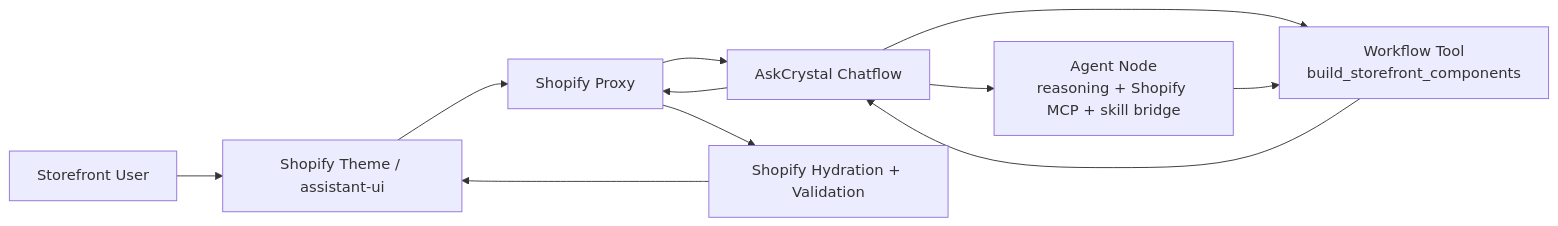
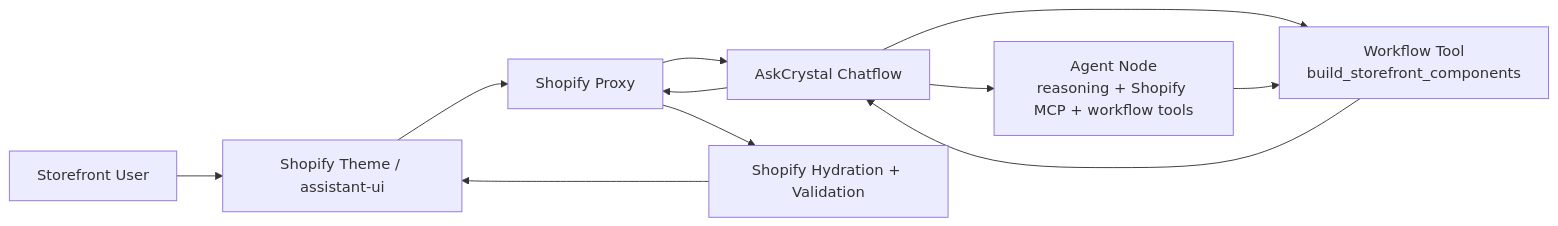
One commit to DaddyElonMusk69/askcrystal changed the diagram in docs/architecture/DIFY_STOREFRONT_COMPONENT_ARCHITECTURE.md. Above: the diagram before and after it, drawn with Mermaid. The commit also changed other lines of this file and 114 other files, not shown here.

````diff
--- a/docs/architecture/DIFY_STOREFRONT_COMPONENT_ARCHITECTURE.md
+++ b/docs/architecture/DIFY_STOREFRONT_COMPONENT_ARCHITECTURE.md
@@ -126,13 +126,13 @@
 ```mermaid
 flowchart LR
     U["Storefront User"] --> S["Shopify Theme / assistant-ui"]
     S --> P["Shopify Proxy"]
     P --> C["AskCrystal Chatflow"]
-    C --> A["Agent Node<br/>reasoning + Shopify MCP + skill bridge"]
+    C --> A["Agent Node<br/>reasoning + Shopify MCP + workflow tools"]
     C --> W["Workflow Tool<br/>build_storefront_components"]
     A --> W
     W --> C
     C --> P
     P --> H["Shopify Hydration + Validation"]
     H --> S
 ```
````
